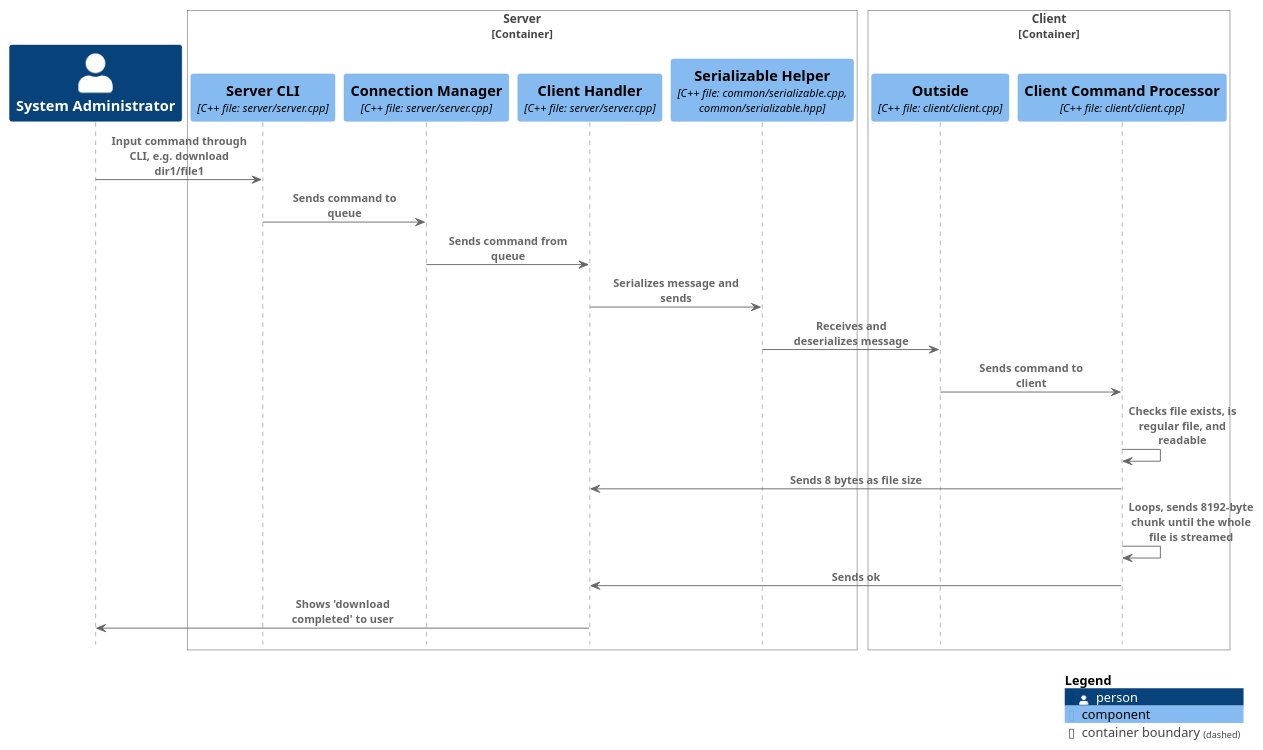
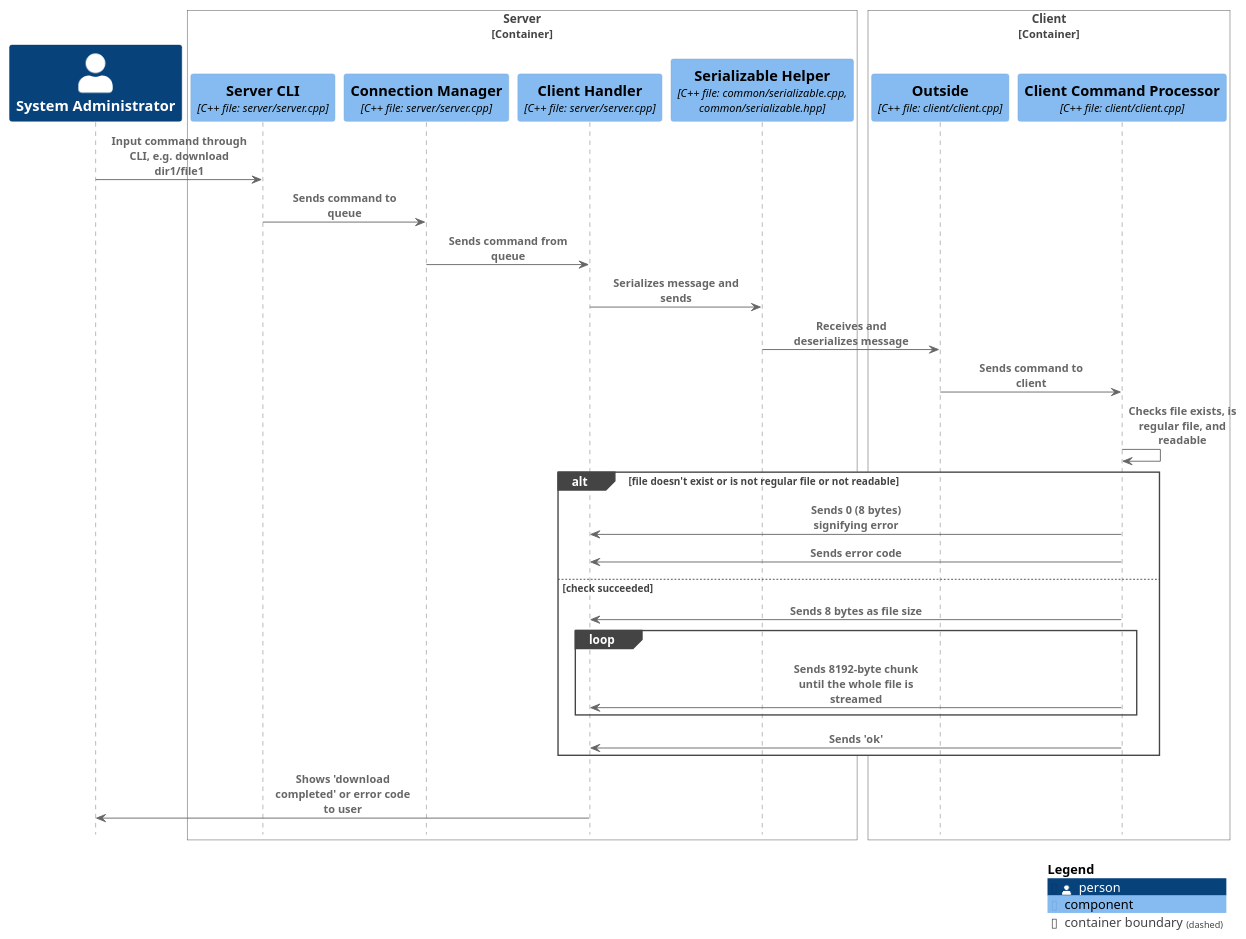
One commit to quanmcvn/remote-access-tool changed the diagram in res/model/c4_sequence_download.puml. Above: the diagram before and after it, drawn with PlantUML. The commit also changed 1 other file, not shown here.

```diff
--- a/res/model/c4_sequence_download.puml
+++ b/res/model/c4_sequence_download.puml
@@ -1,34 +1,41 @@
 @startuml sequence_download
 
 !include <C4/C4_Sequence>
 
 Person(admin, "System Administrator", "System Administrator, using RAT System to administrate and control remote systems")
 
 Container_Boundary(server, "Server") 
 	Component(server_cli, "Server CLI", "C++ file: server/server.cpp", "REPL reading from stdin. Parse and send to Connection Manager's message queue")
 	Component(server_connection_manager, "Connection Manager", "C++ file: server/server.cpp", "Manages client connection, holds message queue for each client and send to appropiate Client Handler")
 	Component(server_client_handling_thread, "Client Handler", "C++ file: server/server.cpp", "Receives commands from Connection Manager, sends to client, receives results and shows to user")
 	Component(common_serializable, "Serializable Helper", "C++ file: common/serializable.cpp, common/serializable.hpp", "Serialize and deserialize messages")
 Boundary_End()
 
 
 Container_Boundary(client, "Client") 
 	Component(client_outside, "Outside", "C++ file: client/client.cpp", "Establishes TCP connection with the server, receives command and sends results")
 	Component(client_while, "Client Command Processor", "C++ file: client/client.cpp", "Receives commands from Outside, parses and processes command, sends results to Outside")
 Boundary_End()
 
 Rel(admin, server_cli, "Input command through CLI, e.g. download dir1/file1")
 Rel(server_cli, server_connection_manager, "Sends command to queue")
 Rel(server_connection_manager, server_client_handling_thread, "Sends command from queue")
 Rel(server_client_handling_thread, common_serializable, "Serializes message and sends")
 Rel(common_serializable, client_outside, "Receives and deserializes message")
 Rel(client_outside, client_while, "Sends command to client")
 Rel(client_while, client_while, "Checks file exists, is regular file, and readable")
-Rel(client_while, server_client_handling_thread, "Sends 8 bytes as file size")
-Rel(client_while, client_while, "Loops, sends 8192-byte chunk until the whole file is streamed")
-Rel(client_while, server_client_handling_thread, "Sends ok")
-Rel(server_client_handling_thread, admin, "Shows 'download completed' to user")
+alt file doesn't exist or is not regular file or not readable
+Rel(client_while, server_client_handling_thread, "Sends 0 (8 bytes) signifying error")
+Rel(client_while, server_client_handling_thread, "Sends error code")
+else check succeeded
+	Rel(client_while, server_client_handling_thread, "Sends 8 bytes as file size")
+	loop
+		Rel(client_while, server_client_handling_thread, "Sends 8192-byte chunk until the whole file is streamed")
+	end
+	Rel(client_while, server_client_handling_thread, "Sends 'ok'")
+end
+Rel(server_client_handling_thread, admin, "Shows 'download completed' or error code to user")
 
 
 SHOW_LEGEND()
 @enduml
```
